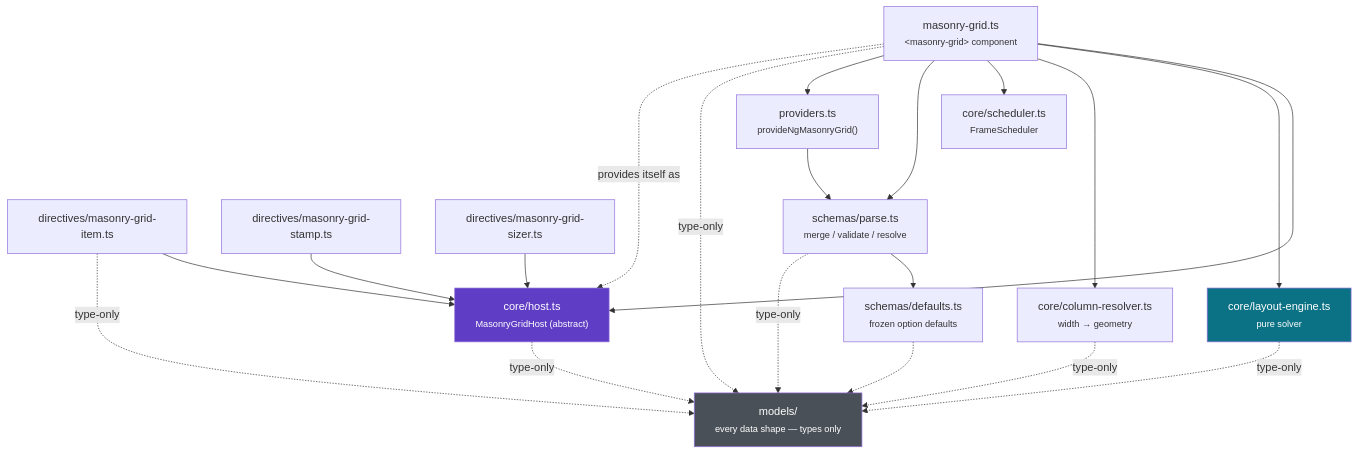
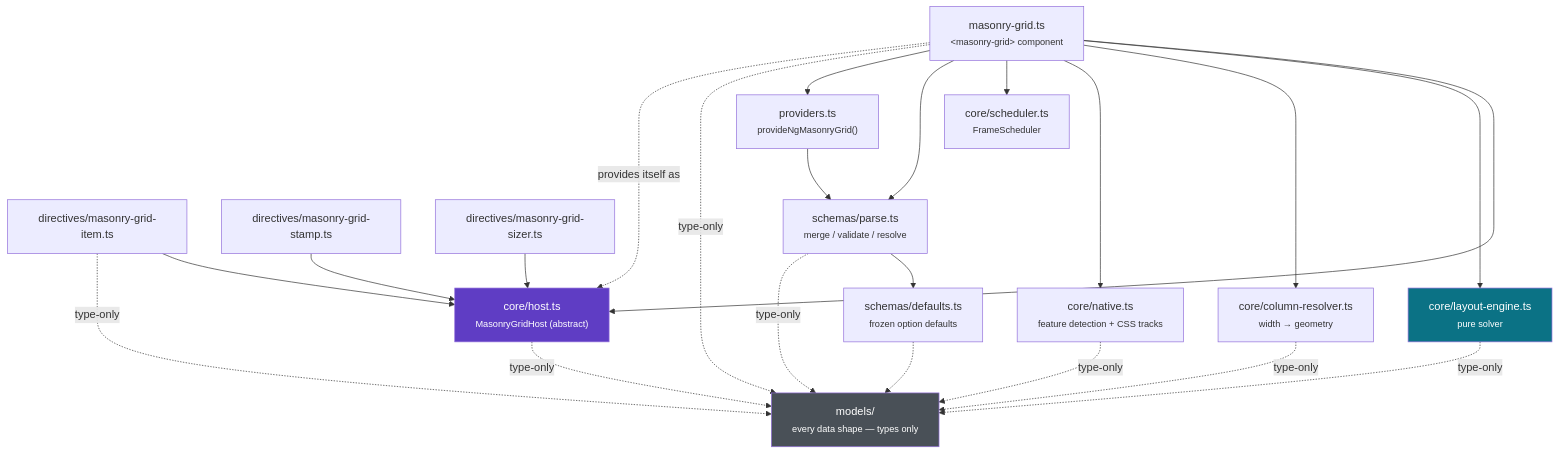
The second of 13 diagrams in ARCHITECTURE.md (MeAkib/masonry-angular), drawn with Mermaid before and after one commit. The commit also changed other lines of this file and 21 other files, not shown here.

First line of the commit message:
feat: add native CSS masonry support and related features

````diff
--- a/ARCHITECTURE.md
+++ b/ARCHITECTURE.md
@@ -58,29 +59,30 @@
 ```mermaid
 flowchart TD
     MG["masonry-grid.ts<br/><small>&lt;masonry-grid&gt; component</small>"]
     ITEM["directives/masonry-grid-item.ts"]
     STAMP["directives/masonry-grid-stamp.ts"]
     SIZER["directives/masonry-grid-sizer.ts"]
     HOST["core/host.ts<br/><small>MasonryGridHost (abstract)</small>"]
     ENGINE["core/layout-engine.ts<br/><small>pure solver</small>"]
     RESOLVER["core/column-resolver.ts<br/><small>width → geometry</small>"]
+    NATIVE["core/native.ts<br/><small>feature detection + CSS tracks</small>"]
     SCHED["core/scheduler.ts<br/><small>FrameScheduler</small>"]
     DEF["schemas/defaults.ts<br/><small>frozen option defaults</small>"]
     PARSE["schemas/parse.ts<br/><small>merge / validate / resolve</small>"]
     PROV["providers.ts<br/><small>provideNgMasonryGrid()</small>"]
     MODELS["models/<br/><small>every data shape — types only</small>"]
 
-    MG --> HOST & ENGINE & RESOLVER & SCHED & PARSE & PROV
+    MG --> HOST & ENGINE & RESOLVER & NATIVE & SCHED & PARSE & PROV
     ITEM --> HOST
     STAMP --> HOST
     SIZER --> HOST
     PARSE --> DEF
     DEF -.-> MODELS
-    MG & ITEM & HOST & ENGINE & RESOLVER & PARSE -.->|type-only| MODELS
+    MG & ITEM & HOST & ENGINE & RESOLVER & NATIVE & PARSE -.->|type-only| MODELS
     PROV --> PARSE
     MG -.->|provides itself as| HOST
 
     style ENGINE fill:#0b7285,color:#fff
     style HOST fill:#5f3dc4,color:#fff
     style MODELS fill:#495057,color:#fff
 ```
````
